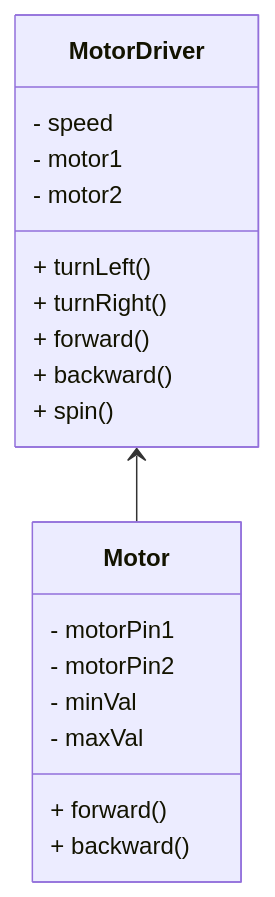
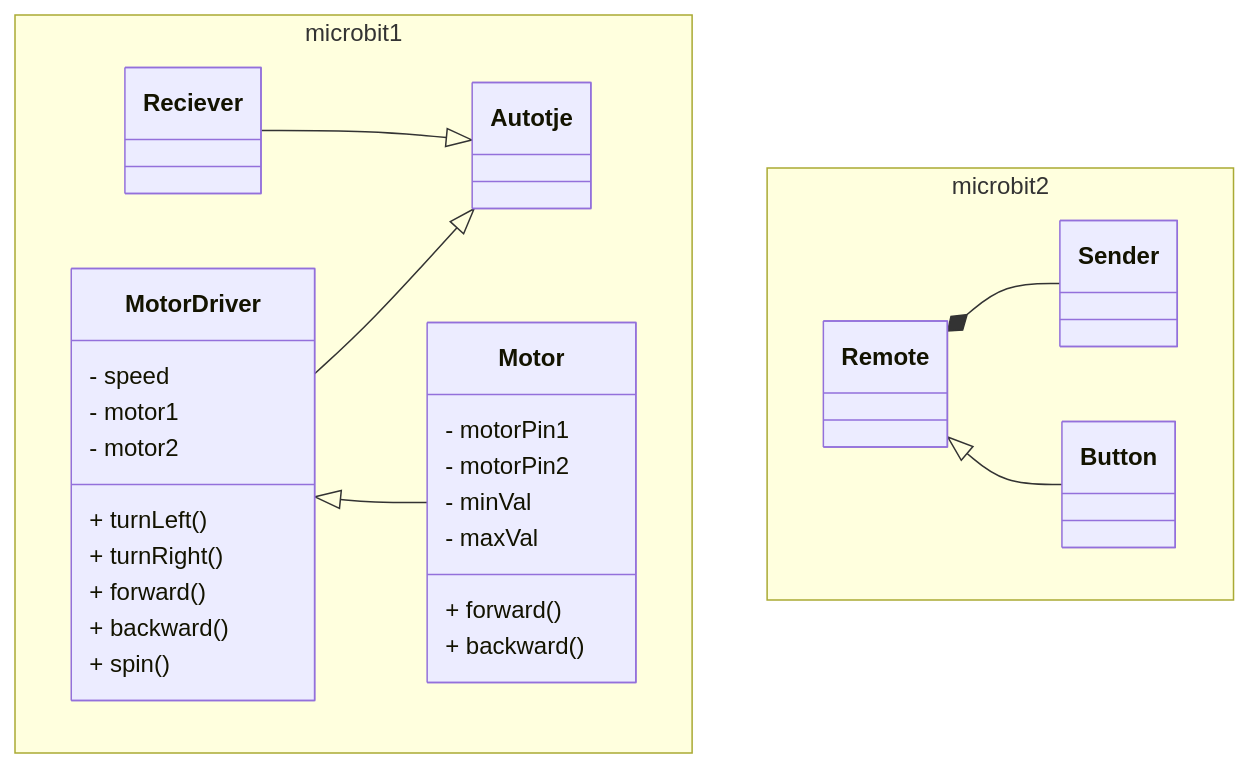
Before and after one commit to jensthebrogrammer/project_autotje: the diagram in UML_schema.md, drawn with Mermaid.

Commit message:
Update UML_schema.md
update

````diff
--- a/UML_schema.md
+++ b/UML_schema.md
@@ -1,24 +1,49 @@
 ```mermaid
 classDiagram
-    class Motor {
-        - motorPin1
-        - motorPin2
-        - minVal
-        - maxVal
-        + forward()
-        + backward()
+    namespace microbit1 {
+        class Autotje {
+            
+        }
+
+        class Motor {
+            - motorPin1
+            - motorPin2
+            - minVal
+            - maxVal
+            + forward()
+            + backward()
+        }
+        
+        class MotorDriver {
+            - speed
+            - motor1
+            - motor2
+            + turnLeft()
+            + turnRight()
+            + forward()
+            + backward()
+            + spin()
+        }
+
+        class Reciever {
+
+        }
     }
+
+    namespace microbit2 {
+        class Remote {
+        }
     
-    class MotorDriver {
-        - speed
-        - motor1
-        - motor2
-        + turnLeft()
-        + turnRight()
-        + forward()
-        + backward()
-        + spin()
+        class Sender {
+        }
+    
+        class Button {
+        }
     }
-    
-    MotorDriver <-- Motor
+
+    MotorDriver --|> Autotje
+    Reciever --|> Autotje
+    Remote *-- Sender
+    Remote <|-- Button
+    MotorDriver <|-- Motor
 ```
````
